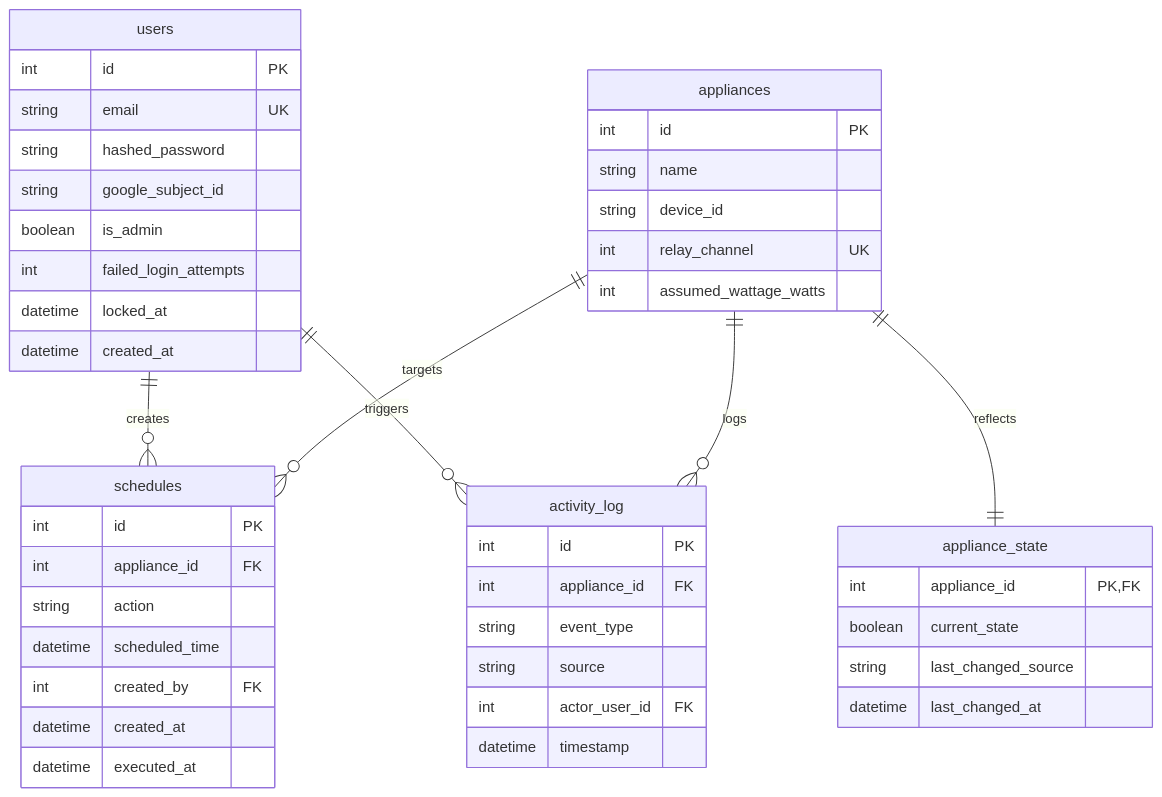
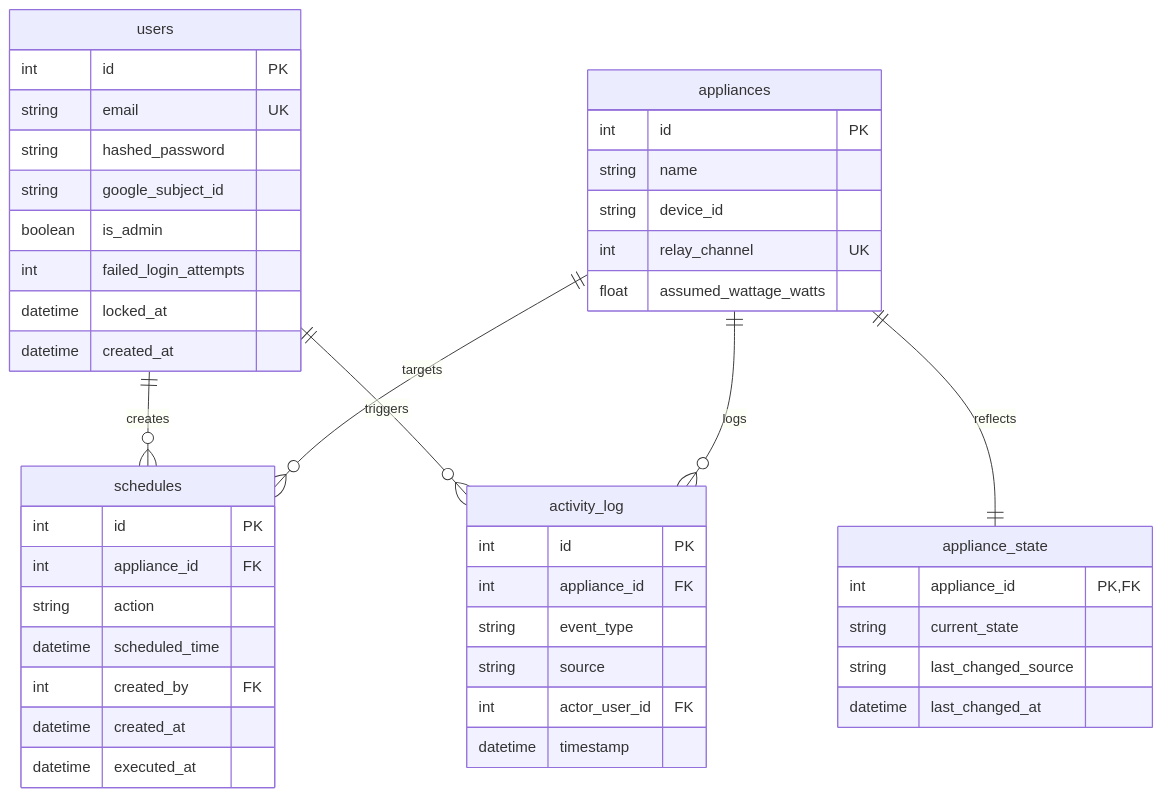
The third of 4 diagrams in README.md (saxrael/SAOCS), drawn with Mermaid before and after one commit. The commit also changed other lines of this file, not shown here.

````diff
--- a/README.md
+++ b/README.md
@@ -442,53 +475,53 @@
 ```mermaid
 erDiagram
     users ||--o{ schedules : creates
     users ||--o{ activity_log : triggers
     appliances ||--o{ schedules : targets
     appliances ||--o{ activity_log : logs
     appliances ||--|| appliance_state : reflects
 
     users {
         int id PK
         string email UK
         string hashed_password
         string google_subject_id
         boolean is_admin
         int failed_login_attempts
         datetime locked_at
         datetime created_at
     }
 
     appliances {
         int id PK
         string name
         string device_id
         int relay_channel UK
-        int assumed_wattage_watts
+        float assumed_wattage_watts
     }
 
     appliance_state {
         int appliance_id PK, FK
-        boolean current_state
+        string current_state
         string last_changed_source
         datetime last_changed_at
     }
 
     activity_log {
         int id PK
         int appliance_id FK
         string event_type
         string source
         int actor_user_id FK
         datetime timestamp
     }
 
     schedules {
         int id PK
         int appliance_id FK
         string action
         datetime scheduled_time
         int created_by FK
         datetime created_at
         datetime executed_at
     }
 ```
````
